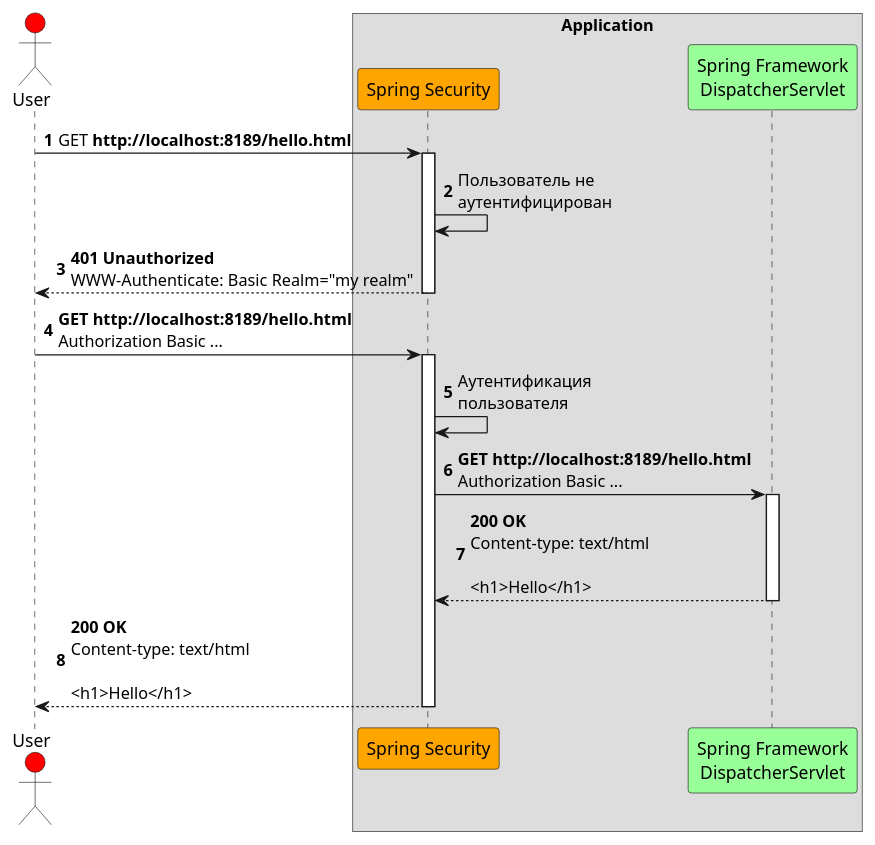
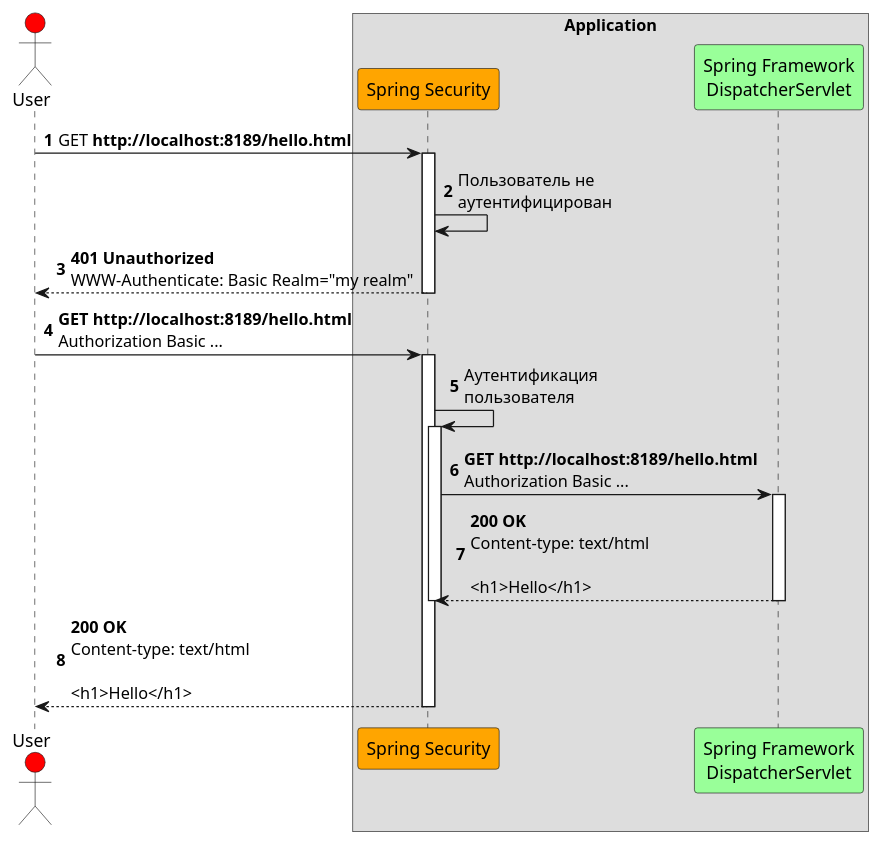
The diagram in basic-authoriz.puml (AleksOl31/car-cloud), drawn with PlantUML before and after one commit. The commit also changed 1 other file, not shown here.

```diff
--- a/basic-authoriz.puml
+++ b/basic-authoriz.puml
@@ -1,28 +1,30 @@
 @startuml
 'https://plantuml.com/sequence-diagram
 
 autonumber
 
 actor User #red
 box Application
     participant "Spring Security" #orange
     participant "Spring Framework\nDispatcherServlet" #99FF99
 end box
 
 User -> "Spring Security": GET <b>http://localhost:8189/hello.html
 activate "Spring Security"
 "Spring Security" -> "Spring Security": Пользователь не\nаутентифицирован
 "Spring Security" --> User: <b>401 Unauthorized\nWWW-Authenticate: Basic Realm="my realm"
 deactivate "Spring Security"
 User -> "Spring Security"++: <b>GET http://localhost:8189/hello.html\nAuthorization Basic ...
 "Spring Security" -> "Spring Security": Аутентификация\nпользователя
+activate "Spring Security"
 "Spring Security" -> "Spring Framework\nDispatcherServlet"++: <b>GET http://localhost:8189/hello.html\nAuthorization Basic ...
 "Spring Framework\nDispatcherServlet" --> "Spring Security"--: <b>200 OK\nContent-type: text/html\n\n<h1>Hello</h1>
+deactivate "Spring Security"
 "Spring Security" --> User--: <b>200 OK\nContent-type: text/html\n\n<h1>Hello</h1>
 
 'Alice -> Bob: Authentication Request
 'Bob --> Alice: Authentication Response
 '
 'Alice -> Bob: Another authentication Request
 'Alice <-- Bob: another authentication Response
 @enduml
```
